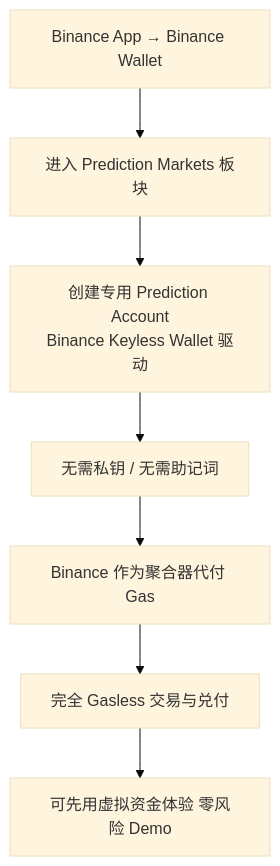
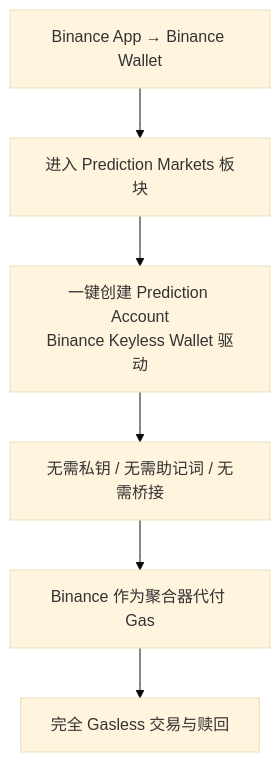
One commit to survivorff/predictfun_design changed the fourth of 13 diagrams in research/04_user_experience/analysis.md. Above: the diagram before and after it, drawn with Mermaid (base theme). The commit also changed other lines of this file and 11 other files, not shown here.

````diff
--- a/research/04_user_experience/analysis.md
+++ b/research/04_user_experience/analysis.md
@@ -53,9 +85,8 @@
 ```mermaid
 flowchart TD
     A[Binance App → Binance Wallet] --> B[进入 Prediction Markets 板块]
-    B --> C[创建专用 Prediction Account<br/>Binance Keyless Wallet 驱动]
-    C --> D[无需私钥 / 无需助记词]
+    B --> C[一键创建 Prediction Account<br/>Binance Keyless Wallet 驱动]
+    C --> D[无需私钥 / 无需助记词 / 无需桥接]
     D --> E[Binance 作为聚合器代付 Gas]
-    E --> F[完全 Gasless 交易与兑付]
-    F --> G[可先用虚拟资金体验 零风险 Demo]
+    E --> F[完全 Gasless 交易与赎回]
 ```
````
